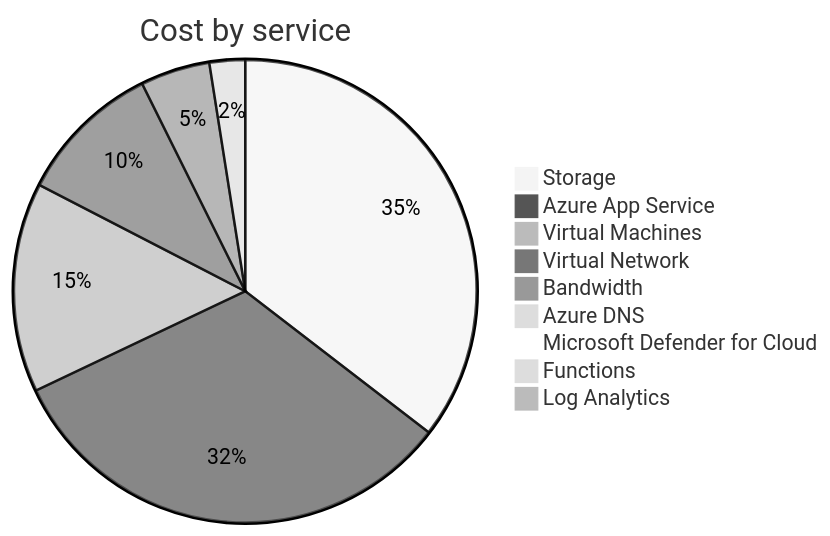
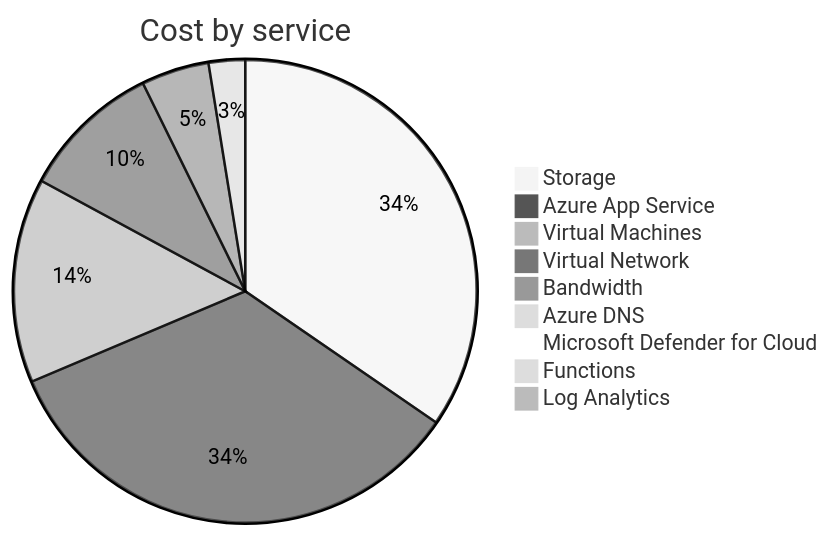
The second of 4 diagrams in cost-reports/accumulated-cost.md (jpfulton/azure-personal-reports), drawn with Mermaid (neutral theme) before and after one commit. The commit also changed other lines of this file and 4 other files, not shown here.

````diff
--- a/cost-reports/accumulated-cost.md
+++ b/cost-reports/accumulated-cost.md
@@ -103,13 +103,13 @@
 ```mermaid
 pie
    title Cost by service
-   "Storage" : 8.69
-   "Azure App Service" : 7.97
+   "Storage" : 8.70
+   "Azure App Service" : 8.56
    "Virtual Machines" : 3.59
    "Virtual Network" : 2.47
    "Bandwidth" : 1.19
-   "Azure DNS" : 0.61
+   "Azure DNS" : 0.64
    "Microsoft Defender for Cloud" : 0.10
    "Functions" : 0.00
    "Log Analytics" : 0.00
 ```
````
